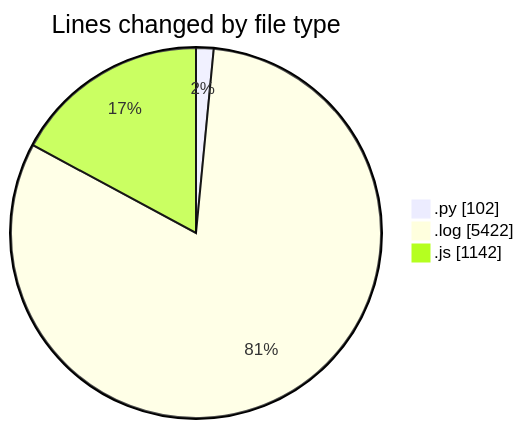
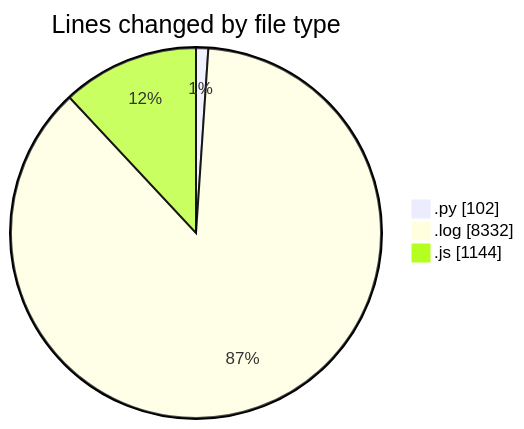
Before and after one commit to nxtqubesakshisongat/code-tracking: the first of 2 diagrams in 2025-04-19/nxtqube_webapp/README.md, drawn with Mermaid. The commit also changed other lines of this file and 1 other file, not shown here.

````diff
--- a/2025-04-19/nxtqube_webapp/README.md
+++ b/2025-04-19/nxtqube_webapp/README.md
@@ -24,7 +26,7 @@
 ```mermaid
 pie showData
 title Lines changed by file type
 ".py" : 102
-".log" : 5422
-".js" : 1142
+".log" : 8332
+".js" : 1144
 ```
````
